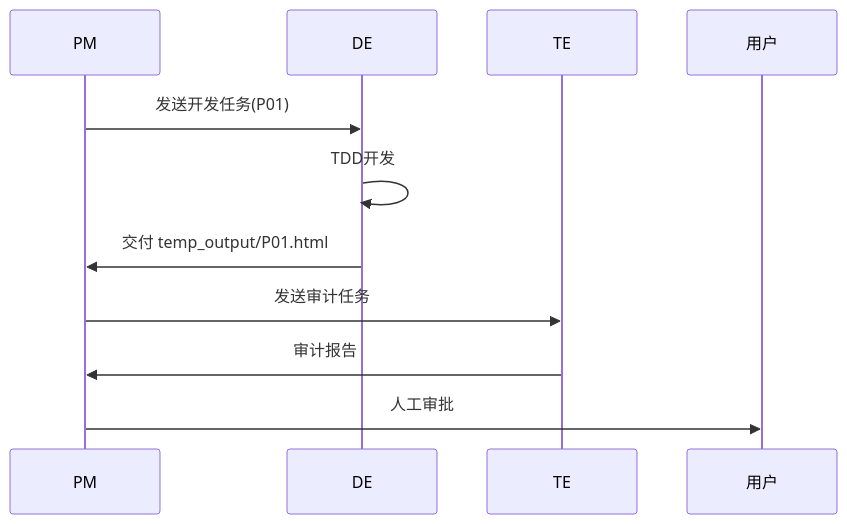
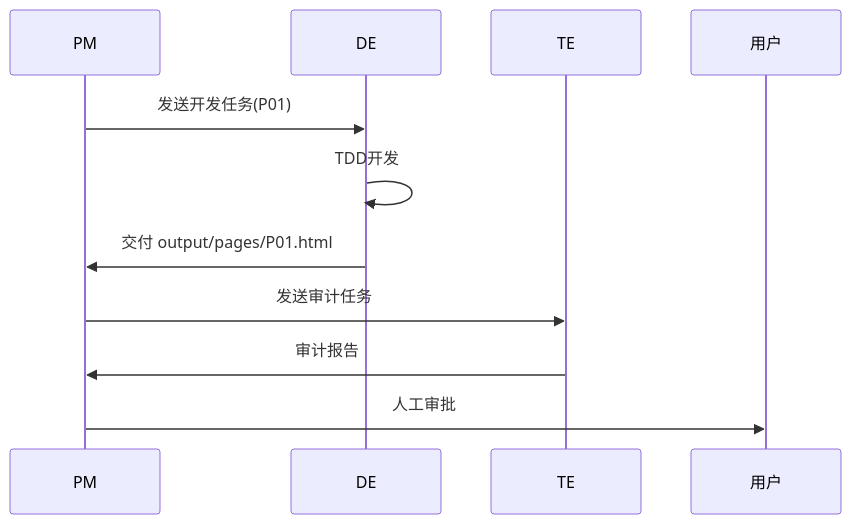
The diagram in templates/design-template.md (zhaodm/devin-cc-ppt-harness), drawn with Mermaid before and after one commit. The commit also changed 12 other files, not shown here.

First line of the commit message:
refactor: 移除 temp_output 中间目录，DE 直接写入 output/pages

````diff
--- a/templates/design-template.md
+++ b/templates/design-template.md
@@ -71,12 +71,12 @@
 ```mermaid
 sequenceDiagram
     participant PM
     participant DE
     participant TE
     PM->>DE: 发送开发任务(P01)
     DE->>DE: TDD开发
-    DE->>PM: 交付 temp_output/P01.html
+    DE->>PM: 交付 output/pages/P01.html
     PM->>TE: 发送审计任务
     TE->>PM: 审计报告
     PM->>用户: 人工审批
 ```
````
